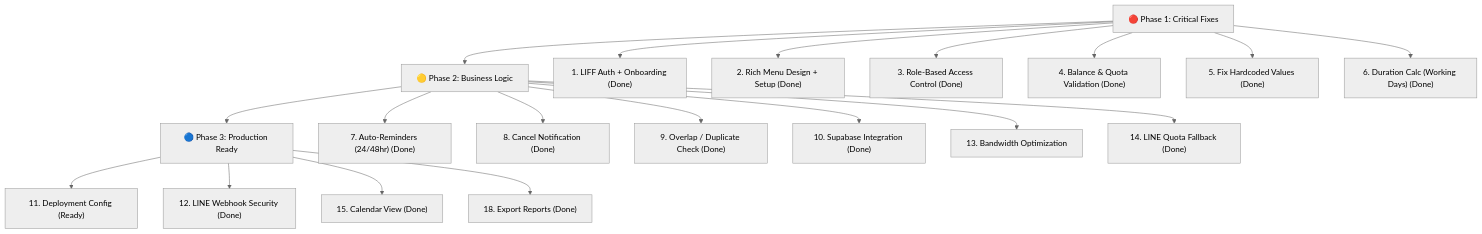
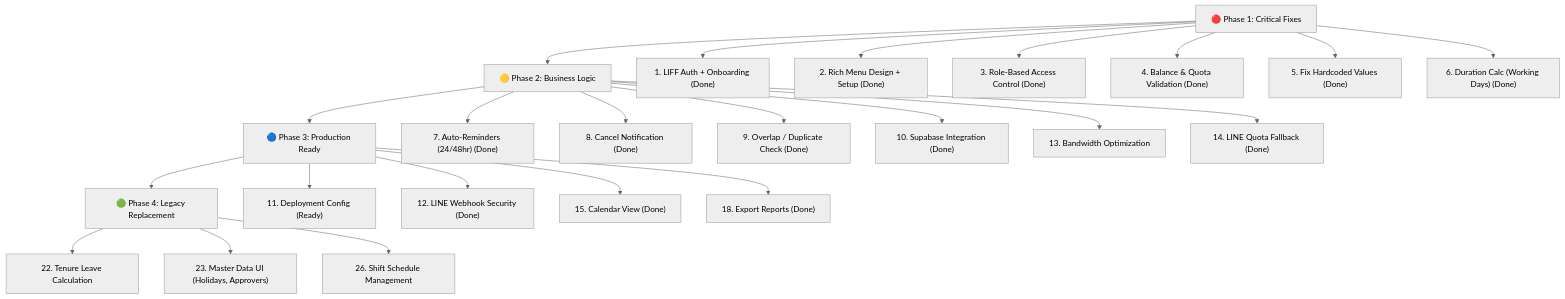
One commit to trpxmac/doctor-leave-line changed the diagram in project_analysis.md. Above: the diagram before and after it, drawn with Mermaid (neutral theme). The commit also changed other lines of this file, not shown here.

Commit message:
docs: add Phase 4 (Master Data & Legacy Replacement) plan

````diff
--- a/project_analysis.md
+++ b/project_analysis.md
@@ -181,24 +195,29 @@
 ```mermaid
 graph TD
     A["🔴 Phase 1: Critical Fixes"] --> B["🟡 Phase 2: Business Logic"]
     B --> C["🔵 Phase 3: Production Ready"]
+    C --> D["🟢 Phase 4: Legacy Replacement"]
     
     A --> A1["1. LIFF Auth + Onboarding (Done)"]
     A --> A2["2. Rich Menu Design + Setup (Done)"]
     A --> A3["3. Role-Based Access Control (Done)"]
     A --> A4["4. Balance & Quota Validation (Done)"]
     A --> A5["5. Fix Hardcoded Values (Done)"]
     A --> A6["6. Duration Calc (Working Days) (Done)"]
     
     B --> B1["7. Auto-Reminders (24/48hr) (Done)"]
     B --> B2["8. Cancel Notification (Done)"]
     B --> B3["9. Overlap / Duplicate Check (Done)"]
     B --> B4["10. Supabase Integration (Done)"]
     B --> B5["13. Bandwidth Optimization"]
     B --> B6["14. LINE Quota Fallback (Done)"]
     
     C --> C1["11. Deployment Config (Ready)"]
     C --> C2["12. LINE Webhook Security (Done)"]
     C --> C3["15. Calendar View (Done)"]
     C --> C4["18. Export Reports (Done)"]
+    
+    D --> D1["22. Tenure Leave Calculation"]
+    D --> D2["23. Master Data UI (Holidays, Approvers)"]
+    D --> D3["26. Shift Schedule Management"]
 ```
````
